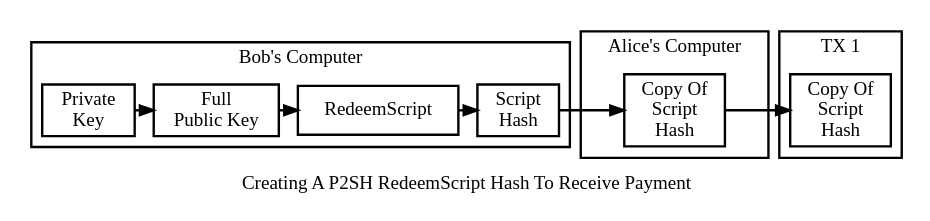
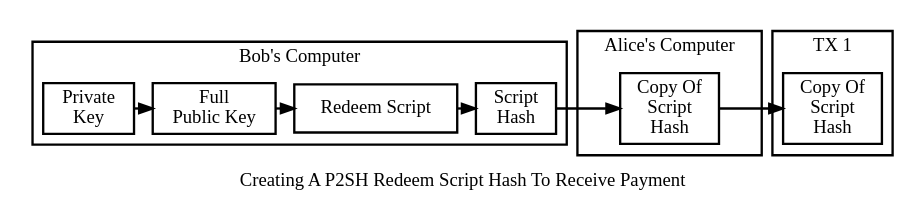
The diagram in img/dev/en-creating-p2sh-output.dot (bitcoin-dot-org/Bitcoin.org), drawn with Graphviz before and after one commit. The commit also changed 28 other files, not shown here.

```diff
--- a/img/dev/en-creating-p2sh-output.dot
+++ b/img/dev/en-creating-p2sh-output.dot
@@ -1,42 +1,42 @@
 digraph blockchain {
 
 size=6.25;
 
 //splines = "false";
 rankdir=LR;
 ranksep=0.2;
 //splines=ortho;
 
 node [ shape = box, penwidth = 1.75 ];
 edge [ penwidth = 1.75 ];
 penwidth = 1.75;
 
 subgraph cluster_bob {
     private_key [ label = "Private\nKey" ];
     full_public_key [ label = "Full\nPublic Key" ];
-    redeemScript [ label = "RedeemScript" ];
+    redeemScript [ label = "Redeem Script" ];
     script_hash [ label = "Script\nHash" ];
 
     label = "Bob's Computer"
 }
 
 subgraph cluster_alice {
     spender_script_hash [ label = "Copy Of\nScript\nHash" ];
 
     label = "Alice's Computer"
 }
 
 subgraph cluster_tx1 {
     tx1_script_hash [ label = "Copy Of\nScript\nHash" ];
 
     label = "TX 1"
 }
 
 
 private_key -> full_public_key -> redeemScript -> script_hash -> spender_script_hash -> tx1_script_hash;
 
 
 
 
-label = "Creating A P2SH RedeemScript Hash To Receive Payment"
+label = "Creating A P2SH Redeem Script Hash To Receive Payment"
 }
```
